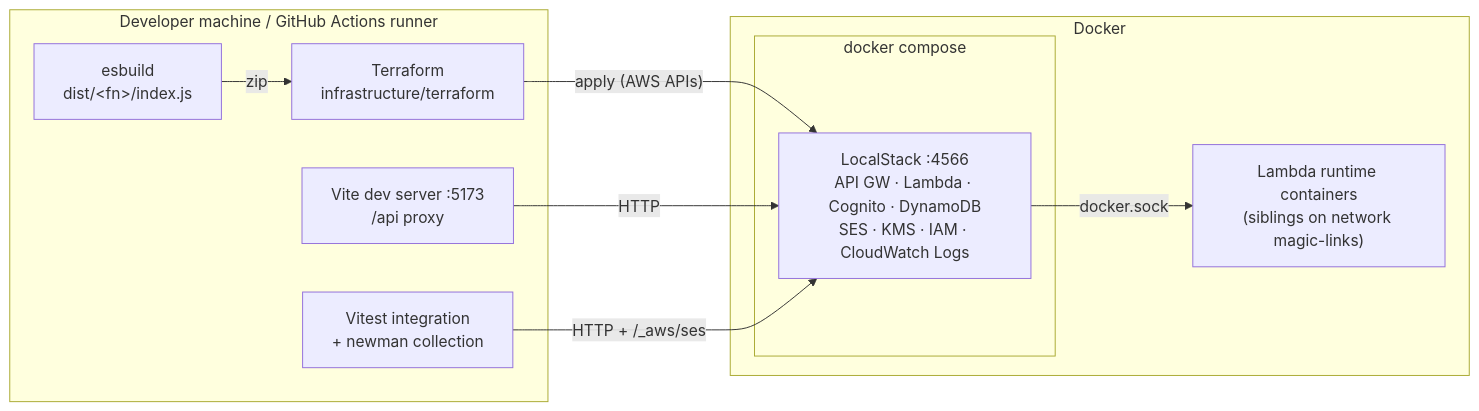
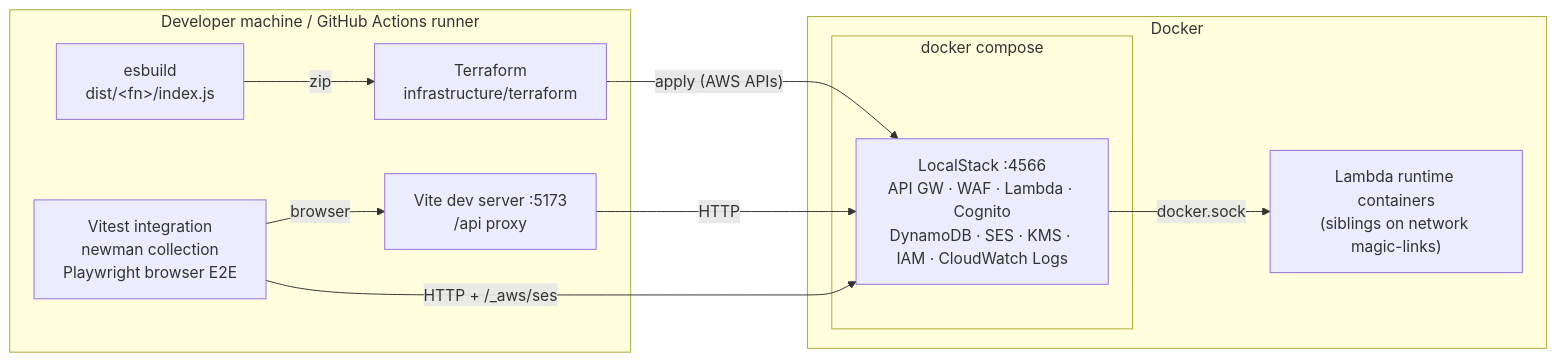
One commit to luizcurti/magic-links-with-amazon-cognito changed the diagram in docs/mmd/deployment.mmd. Above: the diagram before and after it, drawn with Mermaid. The commit also changed 36 other files, not shown here.

```diff
--- a/docs/mmd/deployment.mmd
+++ b/docs/mmd/deployment.mmd
@@ -1,20 +1,21 @@
 flowchart LR
     subgraph Dev["Developer machine / GitHub Actions runner"]
         TF["Terraform<br/>infrastructure/terraform"]
         ESB["esbuild<br/>dist/&lt;fn&gt;/index.js"]
         VITE["Vite dev server :5173<br/>/api proxy"]
-        TESTS["Vitest integration<br/>+ newman collection"]
+        TESTS["Vitest integration<br/>newman collection<br/>Playwright browser E2E"]
     end
 
     subgraph Docker["Docker"]
         subgraph Compose["docker compose"]
-            LS["LocalStack :4566<br/>API GW · Lambda · Cognito · DynamoDB<br/>SES · KMS · IAM · CloudWatch Logs"]
+            LS["LocalStack :4566<br/>API GW · WAF · Lambda · Cognito<br/>DynamoDB · SES · KMS · IAM · CloudWatch Logs"]
         end
         FN["Lambda runtime containers<br/>(siblings on network magic-links)"]
     end
 
     ESB -- "zip" --> TF
     TF -- "apply (AWS APIs)" --> LS
     LS -- "docker.sock" --> FN
     VITE -- "HTTP" --> LS
     TESTS -- "HTTP + /_aws/ses" --> LS
+    TESTS -- "browser" --> VITE
```
